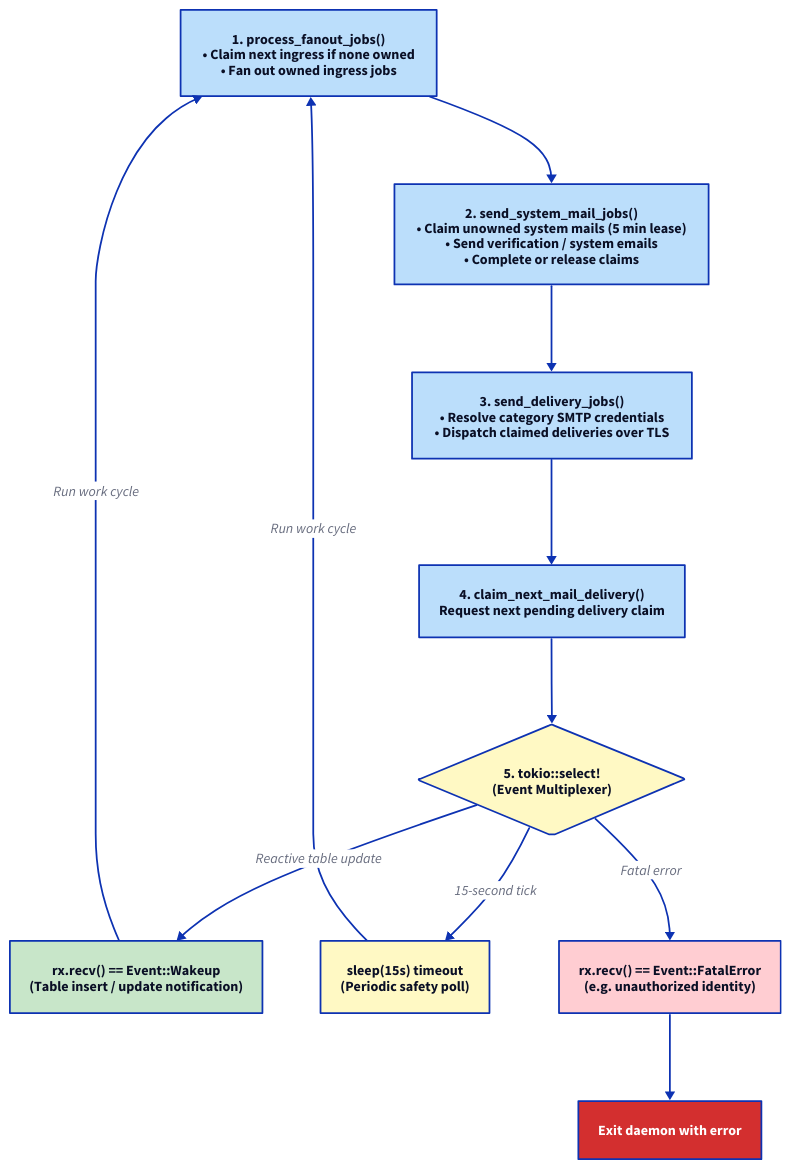
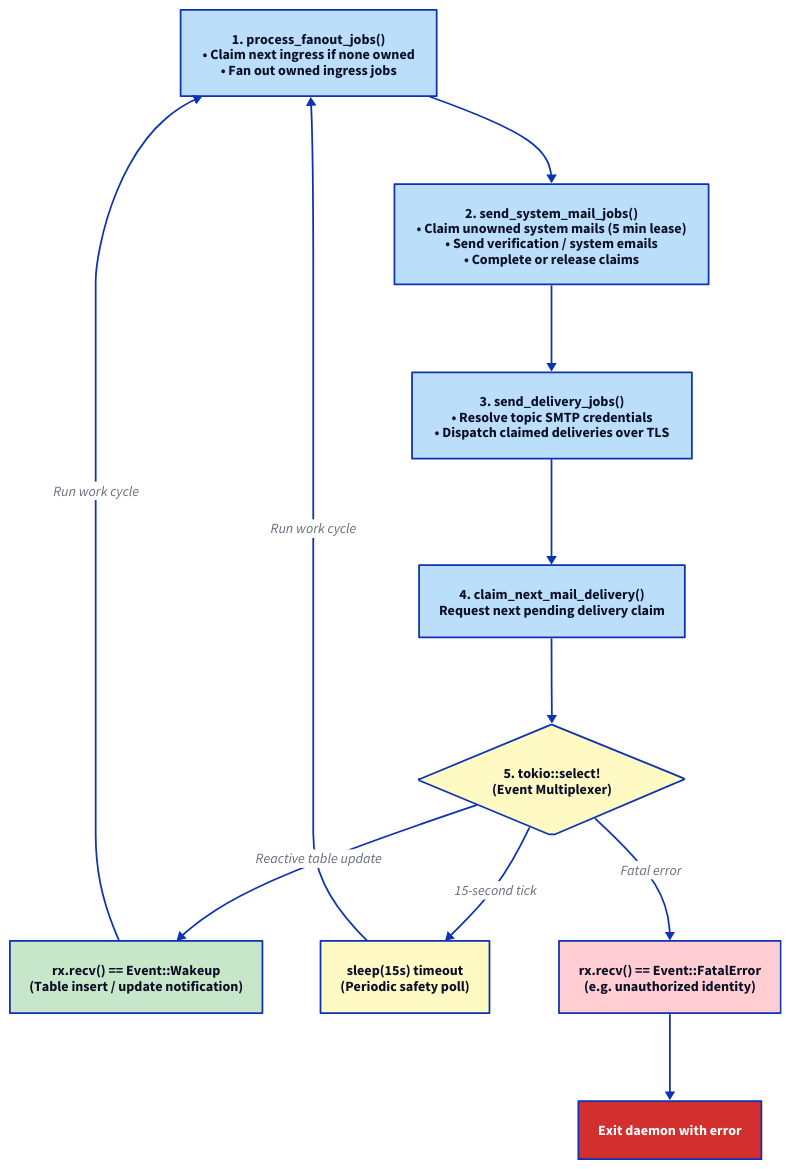
The diagram in docs/src/core/sender/control-flow-main-event-loop.d2 (enaut/kommunikationszentrum), drawn with D2 before and after one commit. The commit also changed 217 other files, not shown here.

```diff
--- a/docs/src/core/sender/control-flow-main-event-loop.d2
+++ b/docs/src/core/sender/control-flow-main-event-loop.d2
@@ -1,29 +1,29 @@
 direction: down
 
 fanout: "1. process_fanout_jobs()\n• Claim next ingress if none owned\n• Fan out owned ingress jobs" { style.fill: "#bbdefb" }
 system_mail: "2. send_system_mail_jobs()\n• Claim unowned system mails (5 min lease)\n• Send verification / system emails\n• Complete or release claims" { style.fill: "#bbdefb" }
-delivery: "3. send_delivery_jobs()\n• Resolve category SMTP credentials\n• Dispatch claimed deliveries over TLS" { style.fill: "#bbdefb" }
+delivery: "3. send_delivery_jobs()\n• Resolve topic SMTP credentials\n• Dispatch claimed deliveries over TLS" { style.fill: "#bbdefb" }
 claim: "4. claim_next_mail_delivery()\nRequest next pending delivery claim" { style.fill: "#bbdefb" }
 
 wait: "5. tokio::select!\n(Event Multiplexer)" {
   shape: diamond
   style.fill: "#fff9c4"
 }
 
 wakeup: "rx.recv() == Event::Wakeup\n(Table insert / update notification)" { style.fill: "#c8e6c9" }
 timer: "sleep(15s) timeout\n(Periodic safety poll)" { style.fill: "#fff9c4" }
 fatal: "rx.recv() == Event::FatalError\n(e.g. unauthorized identity)" { style.fill: "#ffcdd2" }
 term: "Exit daemon with error" { style.fill: "#d32f2f"; style.font-color: white }
 
 fanout -> system_mail
 system_mail -> delivery
 delivery -> claim
 claim -> wait
 
 wait -> wakeup: "Reactive table update"
 wait -> timer: "15-second tick"
 wait -> fatal: "Fatal error"
 
 wakeup -> fanout: "Run work cycle"
 timer -> fanout: "Run work cycle"
 fatal -> term
```
